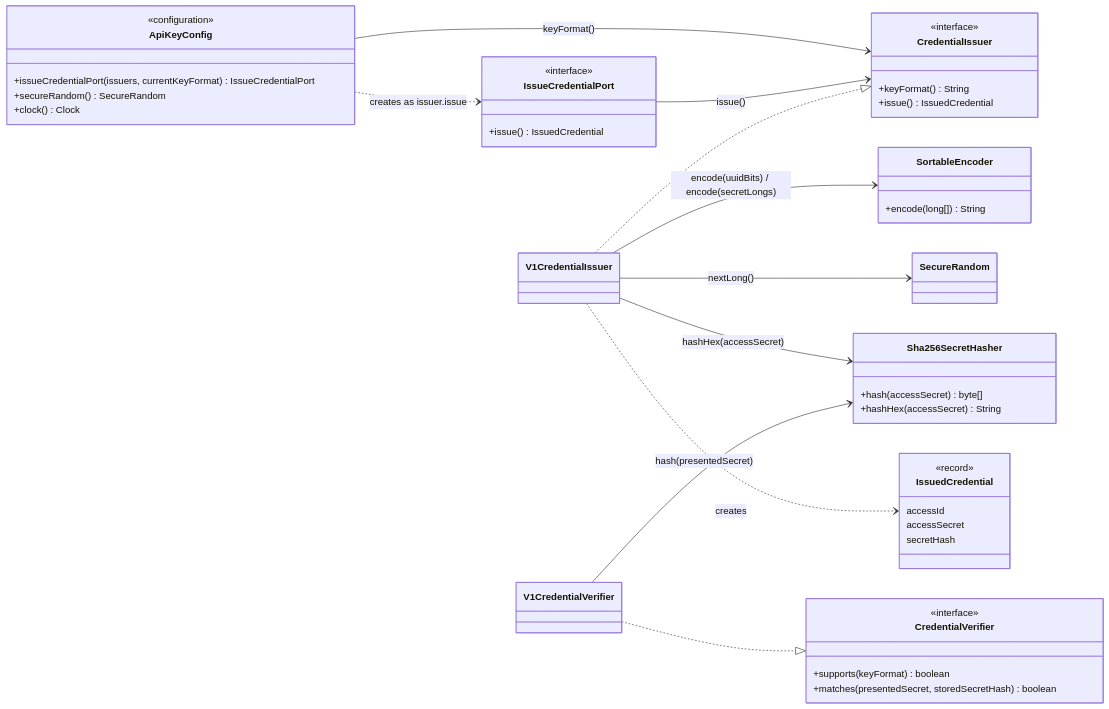
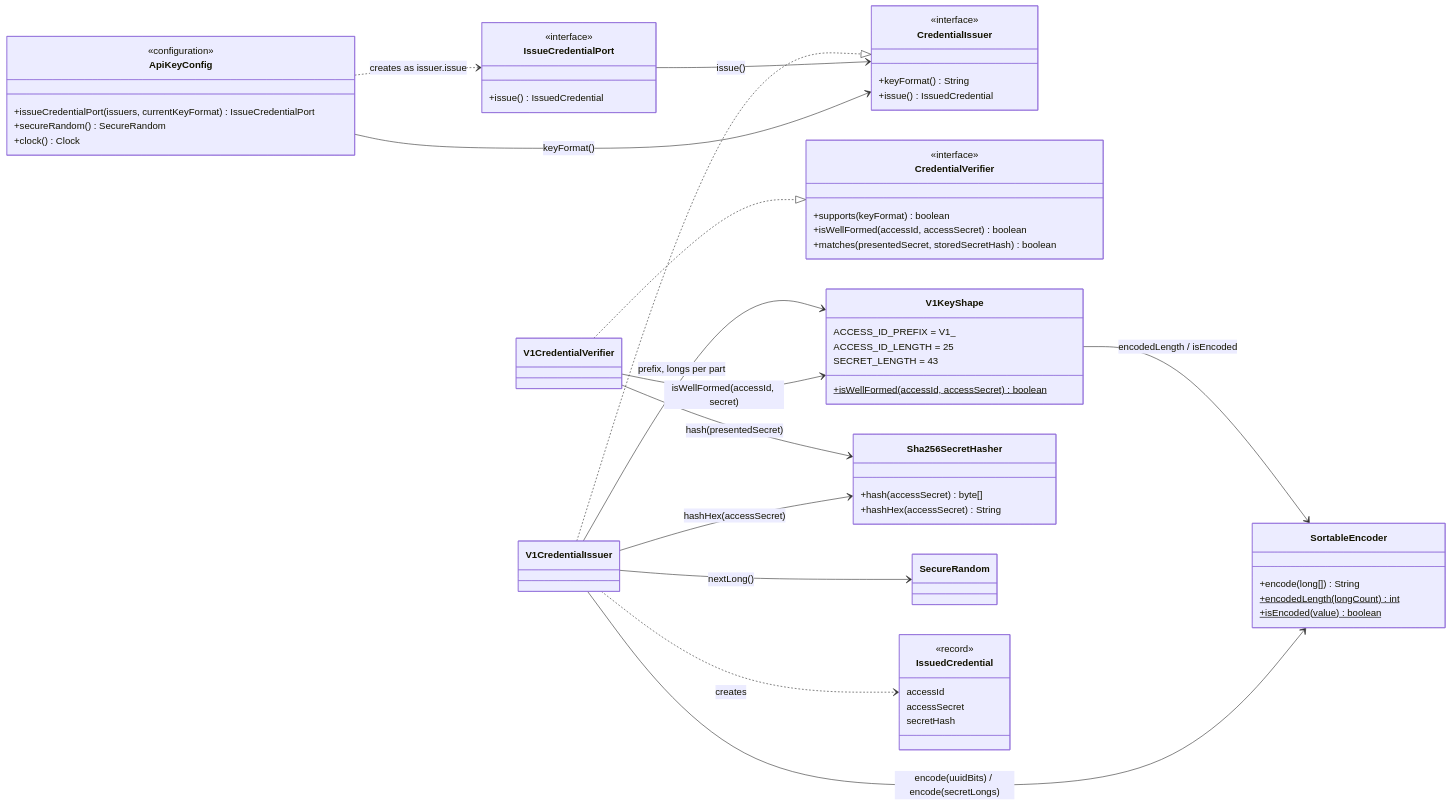
The eighth of 11 diagrams in docs/access-class-diagram.md (Dhiren9939/HQ-Tier0), drawn with Mermaid before and after one commit. The commit also changed other lines of this file and 16 other files, not shown here.

First line of the commit message:
feat(access): check the key format's shape before verifying and log failures safely

````diff
--- a/docs/access-class-diagram.md
+++ b/docs/access-class-diagram.md
@@ -732,54 +754,66 @@
 ```mermaid
 classDiagram
     direction LR
 
     class ApiKeyConfig {
         <<configuration>>
         +issueCredentialPort(issuers, currentKeyFormat) IssueCredentialPort
         +secureRandom() SecureRandom
         +clock() Clock
     }
     class IssueCredentialPort {
         <<interface>>
         +issue() IssuedCredential
     }
     class CredentialIssuer {
         <<interface>>
         +keyFormat() String
         +issue() IssuedCredential
     }
     class CredentialVerifier {
         <<interface>>
         +supports(keyFormat) boolean
+        +isWellFormed(accessId, accessSecret) boolean
         +matches(presentedSecret, storedSecretHash) boolean
     }
     class V1CredentialIssuer
     class V1CredentialVerifier
+    class V1KeyShape {
+        ACCESS_ID_PREFIX = V1_
+        ACCESS_ID_LENGTH = 25
+        SECRET_LENGTH = 43
+        +isWellFormed(accessId, accessSecret)$ boolean
+    }
     class SortableEncoder {
         +encode(long[]) String
+        +encodedLength(longCount)$ int
+        +isEncoded(value)$ boolean
     }
     class Sha256SecretHasher {
         +hash(accessSecret) byte[]
         +hashHex(accessSecret) String
     }
     class SecureRandom
     class IssuedCredential {
         <<record>>
         accessId
         accessSecret
         secretHash
     }
 
     ApiKeyConfig --> CredentialIssuer : keyFormat()
     ApiKeyConfig ..> IssueCredentialPort : creates as issuer.issue
     IssueCredentialPort --> CredentialIssuer : issue()
 
     V1CredentialIssuer ..|> CredentialIssuer
     V1CredentialIssuer --> SortableEncoder : encode(uuidBits) / encode(secretLongs)
     V1CredentialIssuer --> SecureRandom : nextLong()
     V1CredentialIssuer --> Sha256SecretHasher : hashHex(accessSecret)
     V1CredentialIssuer ..> IssuedCredential : creates
 
     V1CredentialVerifier ..|> CredentialVerifier
     V1CredentialVerifier --> Sha256SecretHasher : hash(presentedSecret)
+    V1CredentialVerifier --> V1KeyShape : isWellFormed(accessId, secret)
+    V1CredentialIssuer --> V1KeyShape : prefix, longs per part
+    V1KeyShape --> SortableEncoder : encodedLength / isEncoded
 ```
````
